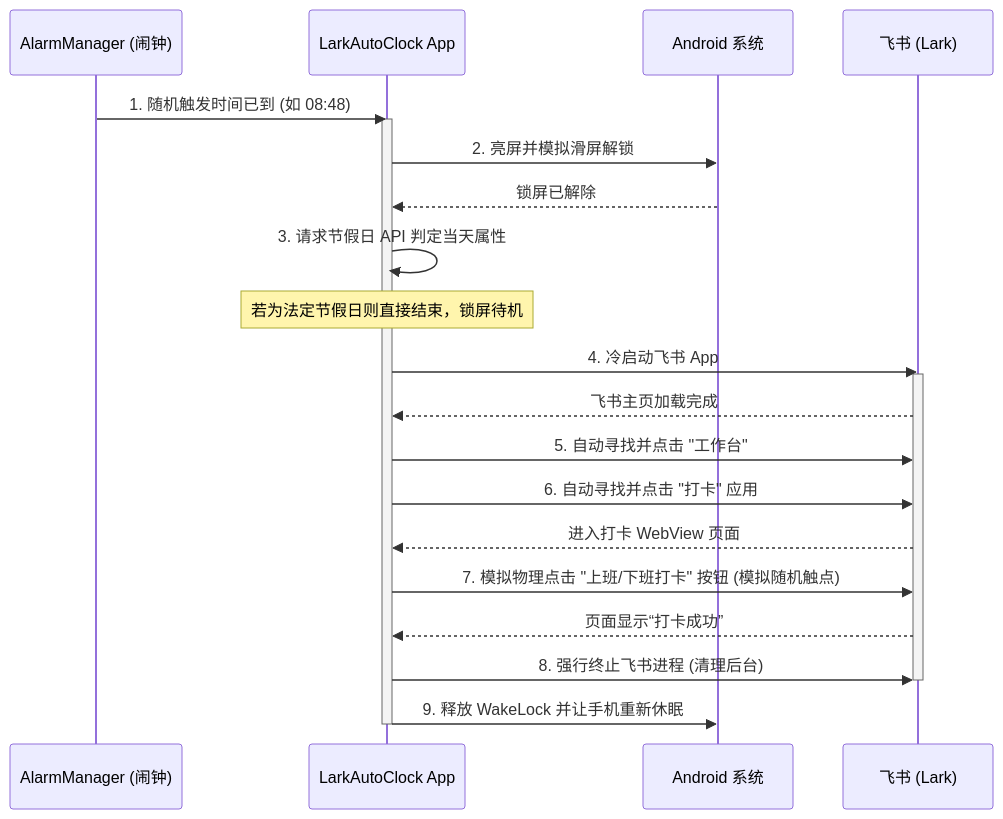
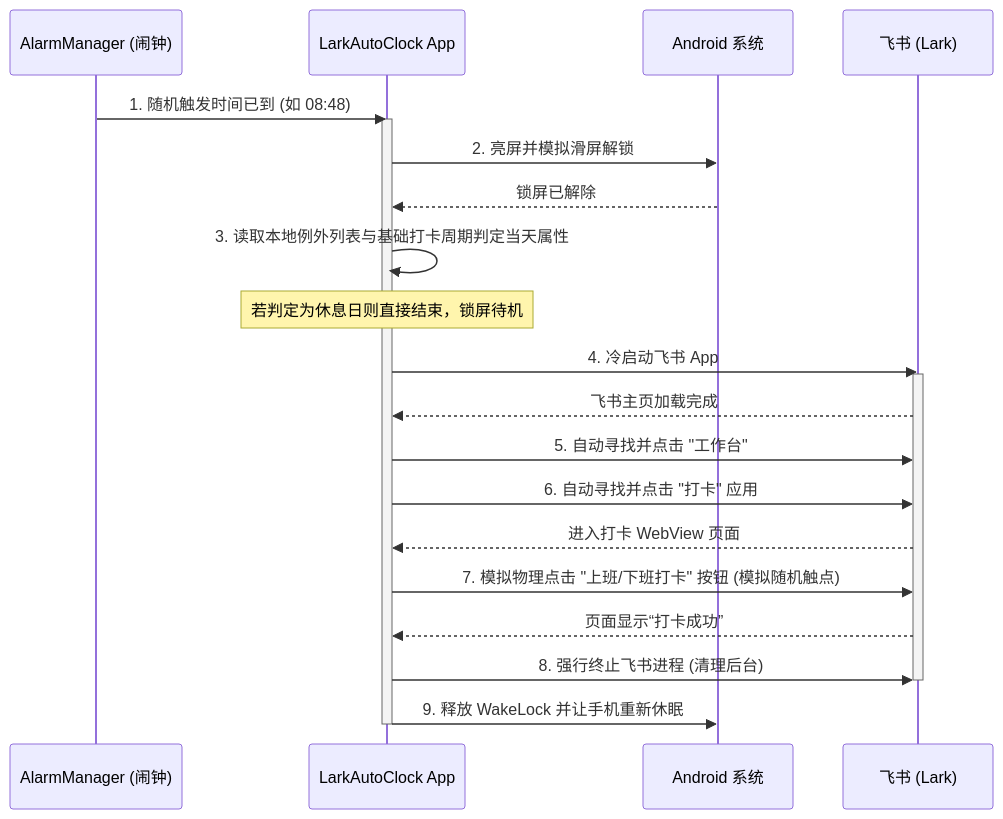
Before and after one commit to wwwtwww/autoDO: the diagram in docs/prd.md, drawn with Mermaid. The commit also changed other lines of this file, not shown here.

````diff
--- a/docs/prd.md
+++ b/docs/prd.md
@@ -78,26 +80,26 @@
 ```mermaid
 sequenceDiagram
     participant S as AlarmManager (闹钟)
     participant A as LarkAutoClock App
     participant OS as Android 系统
     participant F as 飞书 (Lark)
 
     S->>A: 1. 随机触发时间已到 (如 08:48)
     activate A
     A->>OS: 2. 亮屏并模拟滑屏解锁
     OS-->>A: 锁屏已解除
-    A->>A: 3. 请求节假日 API 判定当天属性
-    Note over A: 若为法定节假日则直接结束，锁屏待机
+    A->>A: 3. 读取本地例外列表与基础打卡周期判定当天属性
+    Note over A: 若判定为休息日则直接结束，锁屏待机
     A->>F: 4. 冷启动飞书 App
     activate F
     F-->>A: 飞书主页加载完成
     A->>F: 5. 自动寻找并点击 "工作台"
     A->>F: 6. 自动寻找并点击 "打卡" 应用
     F-->>A: 进入打卡 WebView 页面
     A->>F: 7. 模拟物理点击 "上班/下班打卡" 按钮 (模拟随机触点)
     F-->>A: 页面显示“打卡成功”
     A->>F: 8. 强行终止飞书进程 (清理后台)
     deactivate F
     A->>OS: 9. 释放 WakeLock 并让手机重新休眠
     deactivate A
 ```
````
